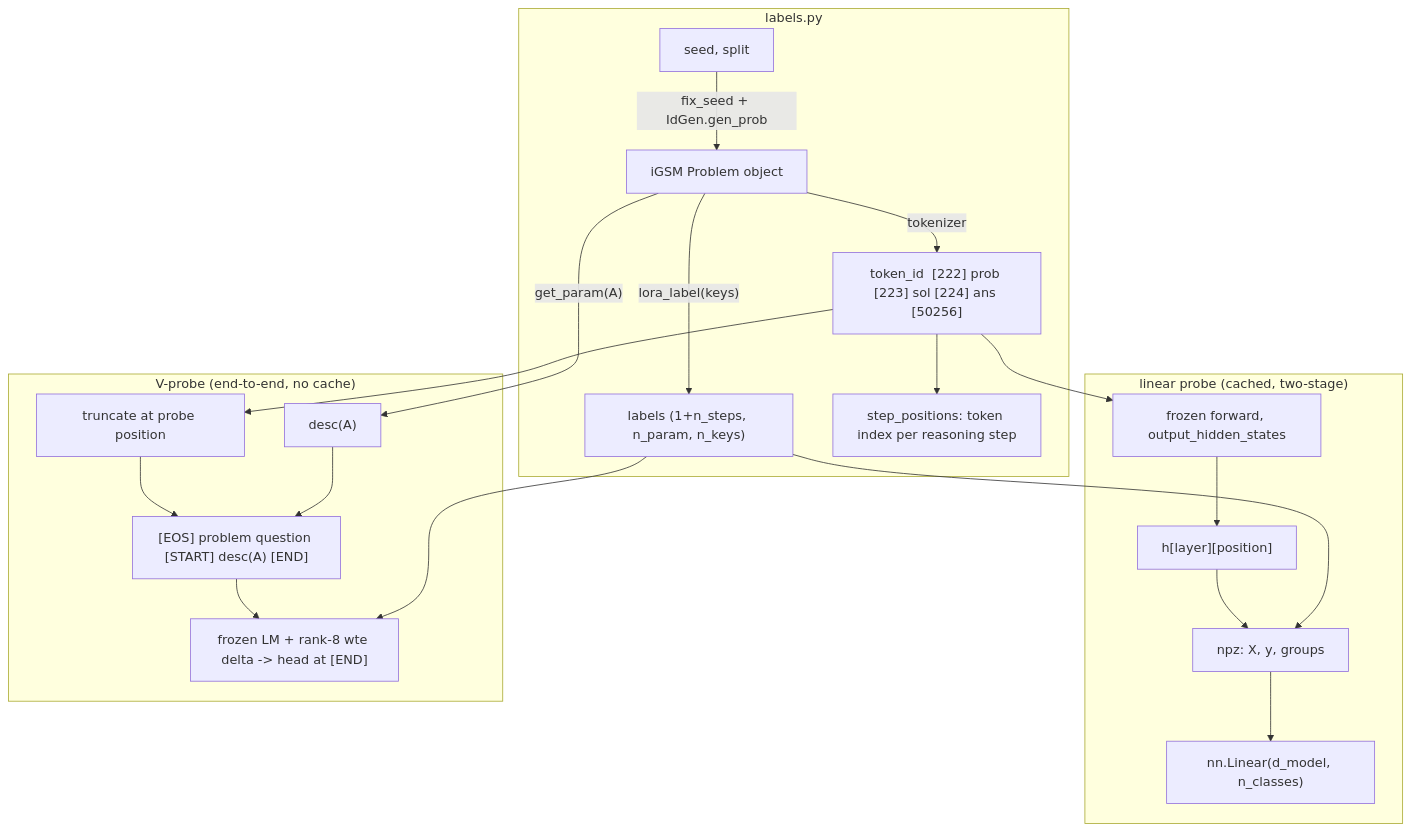
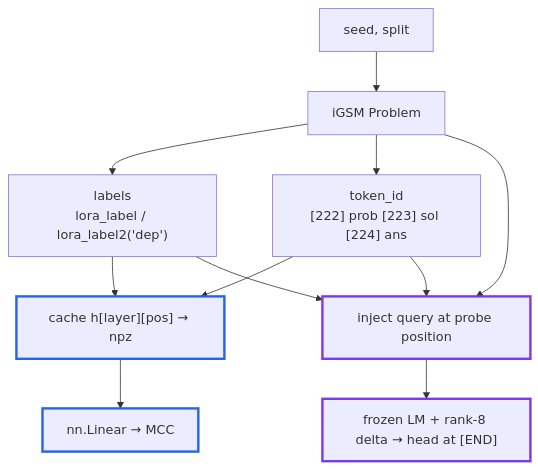
The diagram in doc/probe_guide.md (martin503/physics-of-llms-part2.1), drawn with Mermaid before and after one commit. The commit also changed other lines of this file and 2 other files, not shown here.

First line of the commit message:
Document dep probe + HF model; update gitignore

````diff
--- a/doc/probe_guide.md
+++ b/doc/probe_guide.md
@@ -24,26 +23,20 @@
 ```mermaid
 flowchart TD
-    subgraph labels.py
-        S["seed, split"] -->|"fix_seed + IdGen.gen_prob"| P["iGSM Problem object"]
-        P -->|"lora_label(keys)"| L["labels (1+n_steps, n_param, n_keys)"]
-        P -->|tokenizer| T["token_id  [222] prob [223] sol [224] ans [50256]"]
-        T --> A["step_positions: token index per reasoning step"]
-    end
+    S["seed, split"] --> P["iGSM Problem"]
+    P --> L["labels<br/>lora_label / lora_label2('dep')"]
+    P --> T["token_id<br/>[222] prob [223] sol [224] ans"]
 
-    subgraph "linear probe (cached, two-stage)"
-        T --> F["frozen forward, output_hidden_states"]
-        F --> H["h[layer][position]"]
-        H --> NPZ["npz: X, y, groups"]
-        L --> NPZ
-        NPZ --> LP["nn.Linear(d_model, n_classes)"]
-    end
+    T --> LC["cache h[layer][pos] → npz"]
+    L --> LC
+    LC --> LH["nn.Linear → MCC"]
 
-    subgraph "V-probe (end-to-end, no cache)"
-        T --> TR["truncate at probe position"]
-        P -->|"get_param(A)"| D["desc(A)"]
-        TR --> IN["[EOS] problem question [START] desc(A) [END]"]
-        D --> IN
-        IN --> VP["frozen LM + rank-8 wte delta -> head at [END]"]
-        L --> VP
-    end
+    T --> VI["inject query at probe position"]
+    P --> VI
+    L --> VI
+    VI --> VH["frozen LM + rank-8 delta → head at [END]"]
+
+    classDef lin stroke:#2563eb,stroke-width:3px;
+    classDef vp stroke:#7c3aed,stroke-width:3px;
+    class LC,LH lin
+    class VI,VH vp
 ```
````
